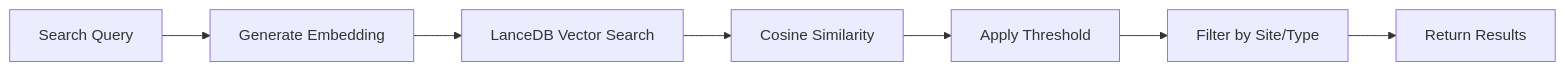
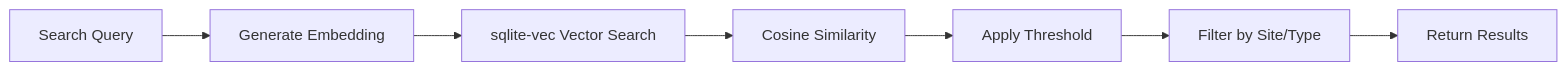
Before and after one commit to jpollock/local-addon-nexus-ai: the fifth of 7 diagrams in docs-site/docs/architecture/cli-architecture.md, drawn with Mermaid. The commit also changed other lines of this file and 37 other files, not shown here.

First line of the commit message:
docs(site): the truth sweep — sqlite-vec everywhere, real counts, real tabs, ui-quick-start rewritten

````diff
--- a/docs-site/docs/architecture/cli-architecture.md
+++ b/docs-site/docs/architecture/cli-architecture.md
@@ -708,9 +707,9 @@
 ```mermaid
 graph LR
     A[Search Query] --> B[Generate Embedding]
-    B --> C[LanceDB Vector Search]
+    B --> C[sqlite-vec Vector Search]
     C --> D[Cosine Similarity]
     D --> E[Apply Threshold]
     E --> F[Filter by Site/Type]
     F --> G[Return Results]
 ```
````
